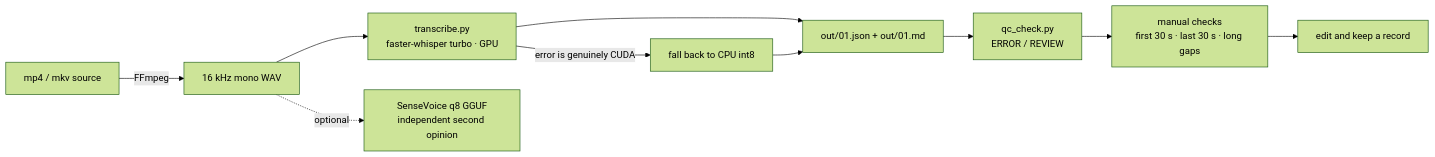
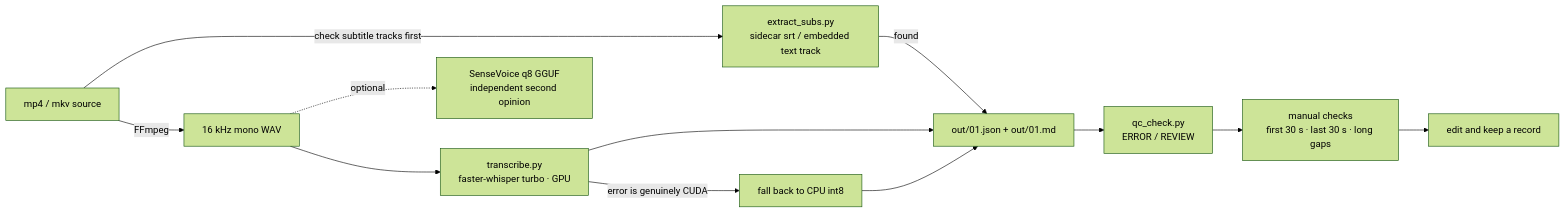
Before and after one commit to ChenChen913/asr-transcription-skill: the diagram in README_EN.md, drawn with Mermaid (forest theme). The commit also changed other lines of this file and 12 other files, not shown here.

First line of the commit message:
feat(v0.6): extract embedded text subtitle tracks

````diff
--- a/README_EN.md
+++ b/README_EN.md
@@ -17,12 +17,14 @@
 ```mermaid
 flowchart LR
-    A["mp4 / mkv source"] -->|FFmpeg| B["16 kHz mono WAV"]
+    A["mp4 / mkv source"] -->|"check subtitle tracks first"| S["extract_subs.py<br/>sidecar srt / embedded text track"]
+    A -->|FFmpeg| B["16 kHz mono WAV"]
+    S -->|found| D["out/01.json + out/01.md"]
     B --> C["transcribe.py<br/>faster-whisper turbo · GPU"]
     C -->|"error is genuinely CUDA"| C2["fall back to CPU int8"]
-    C --> D["out/01.json + out/01.md"]
+    C --> D
     C2 --> D
     D --> E["qc_check.py<br/>ERROR / REVIEW"]
     E --> F["manual checks<br/>first 30 s · last 30 s · long gaps"]
     F --> G["edit and keep a record"]
     B -.->|optional| H["SenseVoice q8 GGUF<br/>independent second opinion"]
 ```
````
